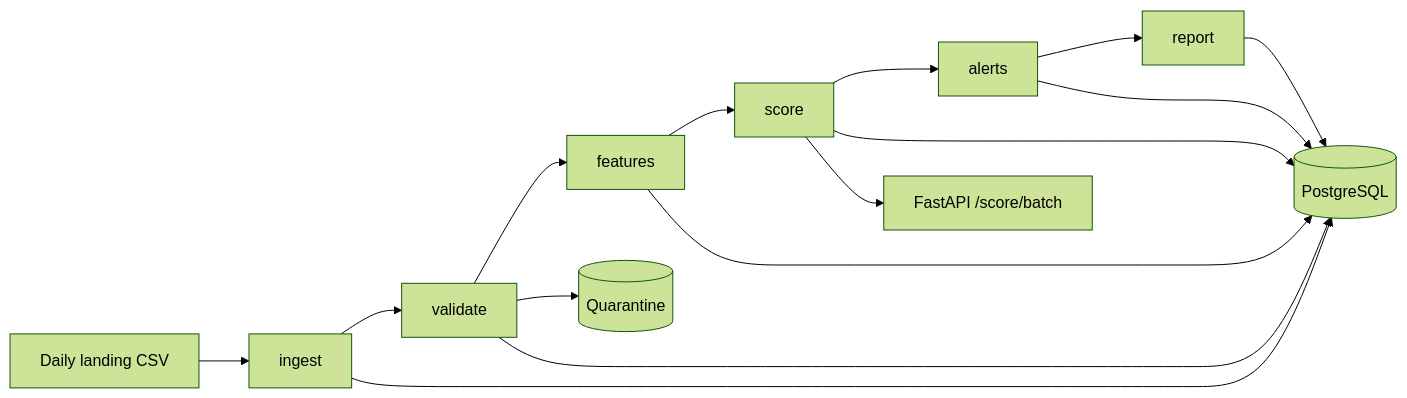
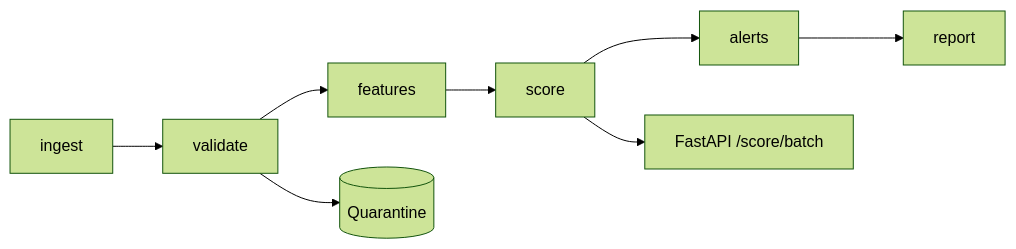
One commit to thearyangupta/MuleWatch changed the second of 3 diagrams in README.md. Above: the diagram before and after it, drawn with Mermaid (forest theme). The commit also changed other lines of this file, not shown here.

````diff
--- a/README.md
+++ b/README.md
@@ -48,19 +49,6 @@
 ```mermaid
 flowchart LR
-    A[Daily landing CSV] --> B[ingest]
-    B --> C[validate]
-    C --> D[features]
-    D --> E[score]
-    E --> F[alerts]
-    F --> G[report]
-
-    C --> Q[(Quarantine)]
-    B --> DB[(PostgreSQL)]
-    C --> DB
-    D --> DB
-    E --> DB
-    F --> DB
-    G --> DB
-
-    E --> API[FastAPI /score/batch]
+    A[ingest] --> B[validate] --> C[features] --> D[score] --> E[alerts] --> F[report]
+    B --> Q[(Quarantine)]
+    D --> API[FastAPI /score/batch]
 ```
````
